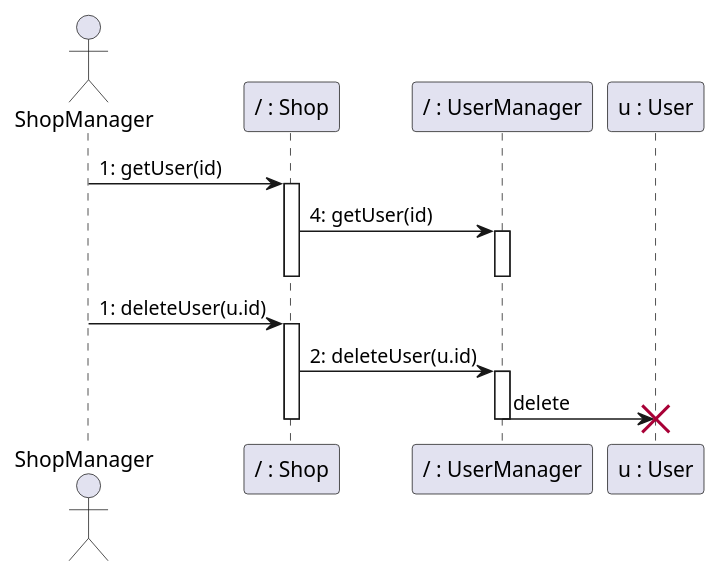
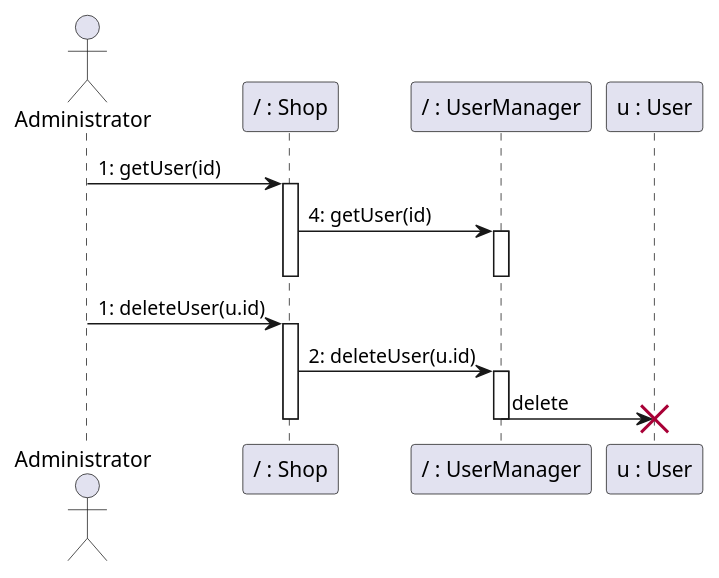
One commit to nicolabattaglino/ezshop changed the ninth of 24 diagrams in Deliverables/DesignDocument.md. Above: the diagram before and after it, drawn with PlantUML. The commit also changed other lines of this file, not shown here.

Commit message:
Sequence diagrams

````diff
--- a/Deliverables/DesignDocument.md
+++ b/Deliverables/DesignDocument.md
@@ -698,25 +684,25 @@
 ```plantuml
 @startuml
-actor ShopManager
+actor Administrator
 participant "/ : Shop" as Shop
 participant "/ : UserManager" as UserManager
 participant "u : User" as User
 
-ShopManager -> Shop: 1: getUser(id)
+Administrator -> Shop: 1: getUser(id)
 activate Shop
 Shop -> UserManager: 4: getUser(id)
 activate UserManager
 deactivate UserManager
 deactivate Shop
 
-ShopManager -> Shop: 1: deleteUser(u.id)
+Administrator -> Shop: 1: deleteUser(u.id)
 activate Shop
 Shop -> UserManager: 2: deleteUser(u.id)
 activate UserManager
 UserManager -> User: delete
 destroy User
 deactivate UserManager
 deactivate Shop
 
 @enduml
 ```
````
